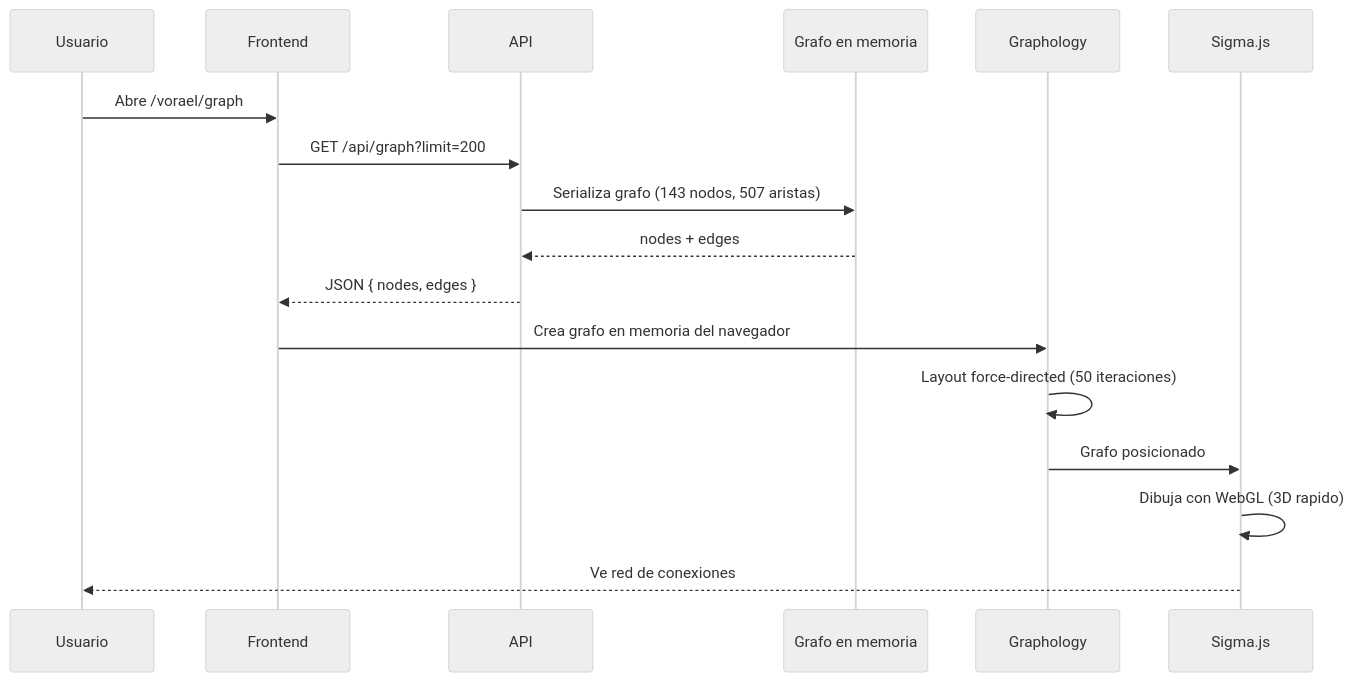
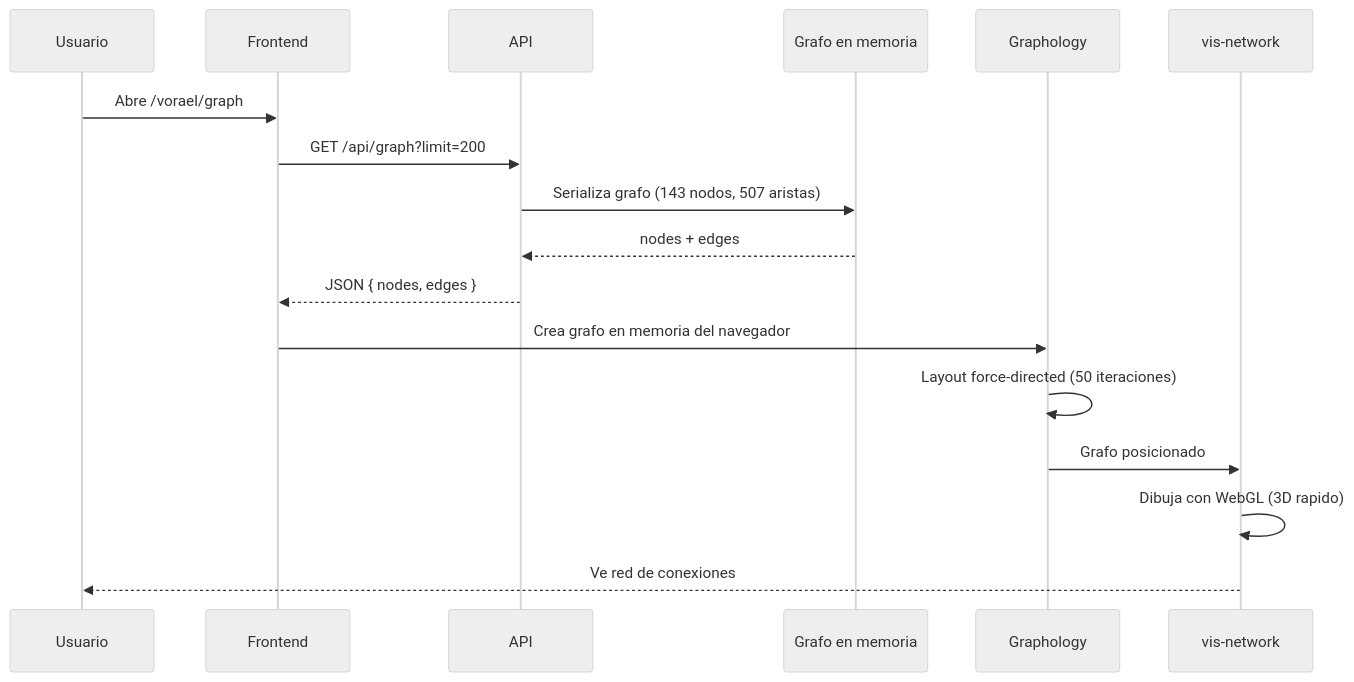
Before and after one commit to SenzaNomeca/Buscador-IA-con-grafos: the fifth of 9 diagrams in docs/VORAEL_GUIA_COMPLETA.md, drawn with Mermaid (neutral theme). The commit also changed other lines of this file and 11 other files, not shown here.

````diff
--- a/docs/VORAEL_GUIA_COMPLETA.md
+++ b/docs/VORAEL_GUIA_COMPLETA.md
@@ -126,20 +137,20 @@
 ```mermaid
 sequenceDiagram
     participant U as Usuario
     participant F as Frontend
     participant A as API
     participant M as Grafo en memoria
     participant GR as Graphology
-    participant SI as Sigma.js
+    participant SI as vis-network
 
     U->>F: Abre /vorael/graph
     F->>A: GET /api/graph?limit=200
     A->>M: Serializa grafo (143 nodos, 507 aristas)
     M-->>A: nodes + edges
     A-->>F: JSON { nodes, edges }
     F->>GR: Crea grafo en memoria del navegador
     GR->>GR: Layout force-directed (50 iteraciones)
     GR->>SI: Grafo posicionado
     SI->>SI: Dibuja con WebGL (3D rapido)
     SI-->>U: Ve red de conexiones
 ```
````
